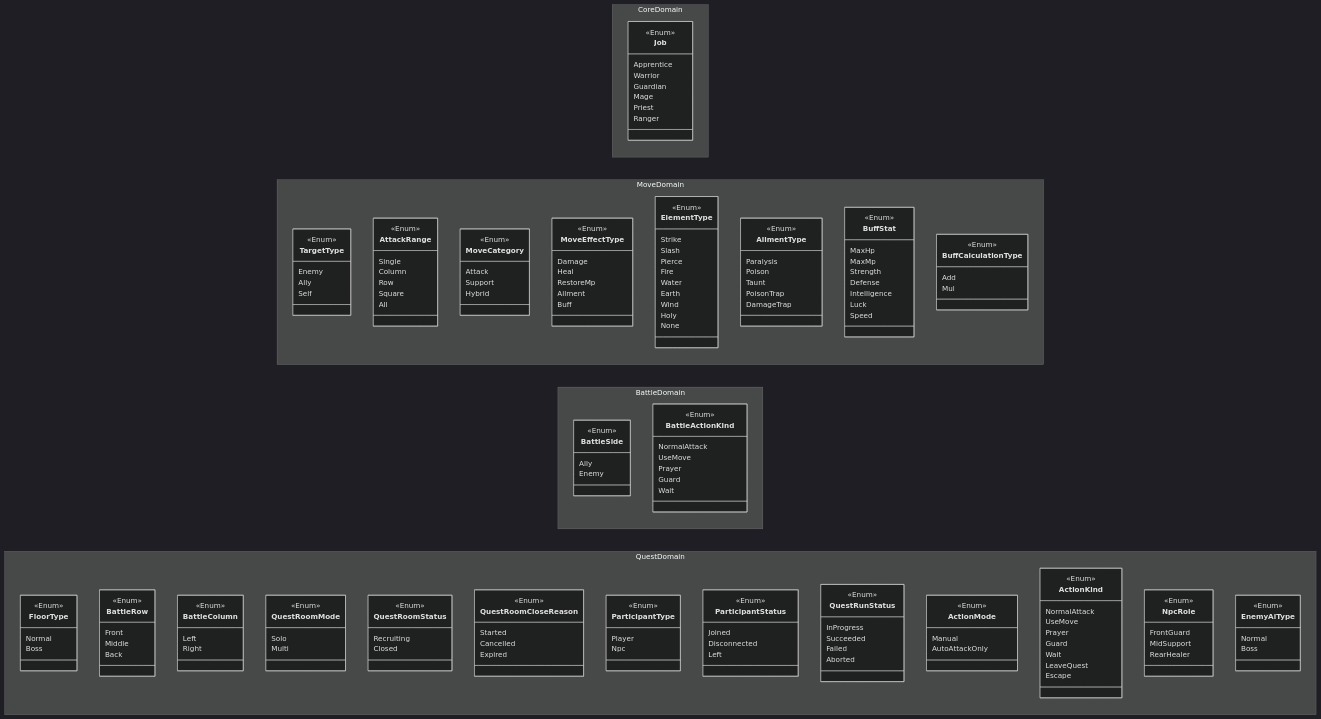
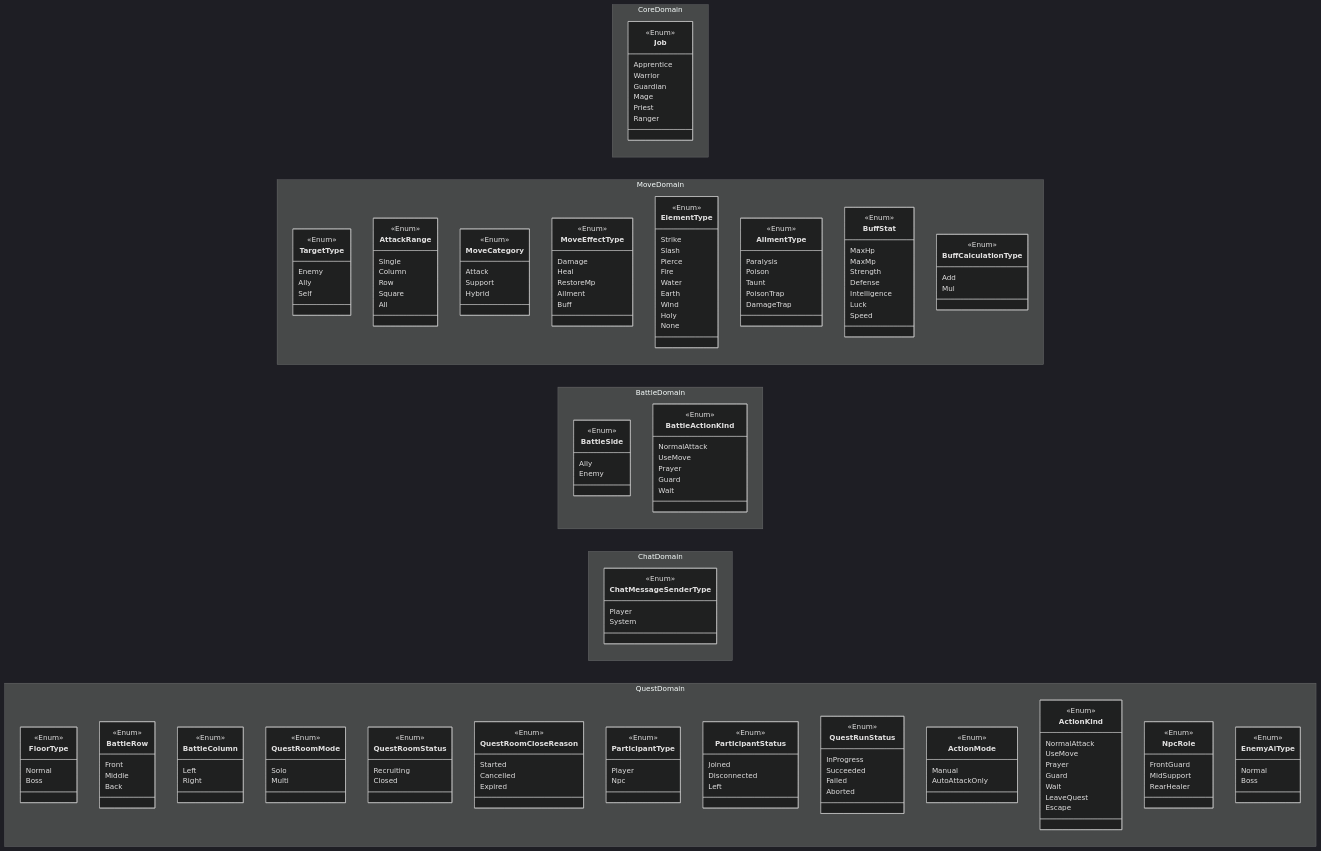
One commit to ayumu203/nisekue changed the diagram in docs/MMD21_Enum.mmd. Above: the diagram before and after it, drawn with Mermaid (dark theme). The commit also changed 6 other files, not shown here.

```diff
--- a/docs/MMD21_Enum.mmd
+++ b/docs/MMD21_Enum.mmd
@@ -102,6 +102,14 @@
         }
     }
 
+    namespace ChatDomain {
+        class ChatMessageSenderType {
+            <<Enum>>
+            Player
+            System
+        }
+    }
+
     namespace QuestDomain {
         class FloorType {
             <<Enum>>
```
